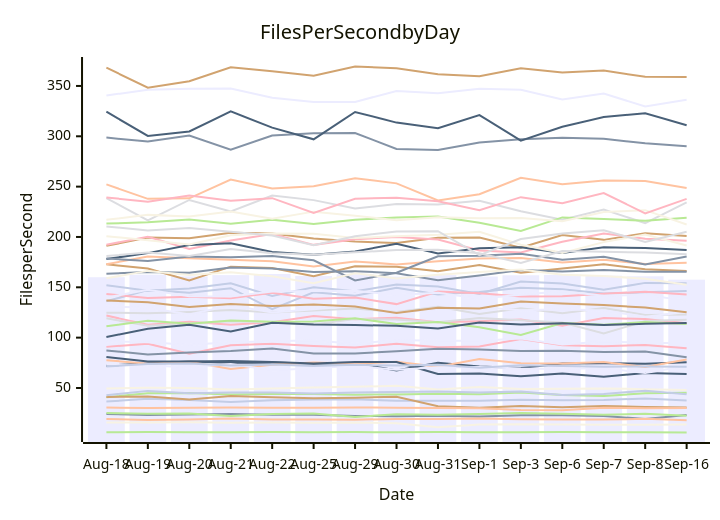
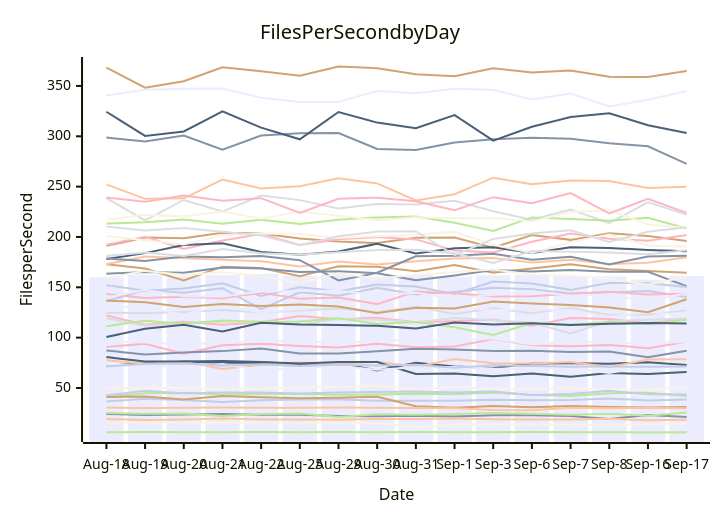
Before and after one commit to streetsidesoftware/cspell: the diagram in perf-report.md, drawn with Mermaid. The commit also changed other lines of this file and 1 other file, not shown here.

````diff
--- a/perf-report.md
+++ b/perf-report.md
@@ -10,57 +10,57 @@
 ```mermaid
 xychart-beta
     title Files Per Second by Day
     y-axis Files per Second
-    x-axis Date [Aug-18, Aug-19, Aug-20, Aug-21, Aug-22, Aug-25, Aug-29, Aug-30, Aug-31, Sep-1, Sep-3, Sep-6, Sep-7, Sep-8, Sep-16]
-    bar [160.00, 162.54, 160.82, 162.11, 163.20, 161.31, 162.91, 160.67, 162.16, 160.72, 161.93, 162.34, 161.56, 160.97, 157.55]
-    line [24.23, 23.27, 23.59, 24.08, 23.43, 23.40, 22.23, 21.90, 22.46, 21.60, 23.03, 22.85, 22.27, 19.18, 23.11]
-    line [19.10, 18.27, 18.74, 19.65, 18.80, 18.62, 18.45, 19.29, 19.08, 19.71, 18.88, 18.65, 18.65, 19.33, 18.07]
-    line [124.81, 124.18, 125.47, 127.40, 124.91, 126.98, 128.83, 125.51, 130.73, 123.39, 129.29, 124.27, 129.39, 122.55, 122.88]
-    line [40.85, 44.70, 45.09, 43.47, 44.07, 43.94, 43.35, 43.55, 44.33, 43.81, 45.60, 43.01, 41.97, 44.80, 45.26]
-    line [172.80, 168.69, 156.73, 170.52, 169.10, 161.12, 170.94, 170.42, 165.85, 172.14, 164.57, 168.71, 172.84, 167.97, 166.22]
-    line [36.51, 39.25, 38.04, 36.06, 37.72, 38.63, 38.79, 37.24, 37.32, 37.33, 38.42, 37.82, 37.98, 39.62, 37.64]
-    line [121.90, 112.74, 115.76, 112.80, 115.24, 121.46, 118.37, 119.80, 115.33, 116.38, 118.04, 111.85, 119.40, 118.51, 114.20]
-    line [72.13, 74.31, 76.20, 74.98, 75.32, 73.98, 74.92, 67.44, 74.93, 71.42, 69.97, 74.43, 74.58, 74.02, 75.50]
-    line [49.59, 50.25, 50.03, 48.40, 49.47, 50.47, 51.15, 52.21, 48.60, 50.89, 48.97, 49.35, 49.58, 48.85, 47.97]
-    line [131.02, 129.61, 123.08, 132.18, 124.93, 128.24, 131.60, 124.76, 128.19, 130.51, 127.29, 128.13, 127.03, 120.72, 125.41]
-    line [163.52, 165.17, 164.35, 169.78, 168.65, 165.26, 166.00, 163.99, 156.90, 161.76, 167.23, 165.73, 167.27, 165.39, 165.37]
-    line [77.65, 74.07, 76.09, 68.93, 73.13, 75.35, 74.03, 75.97, 71.20, 78.69, 74.68, 74.33, 75.84, 70.78, 78.20]
-    line [238.65, 216.52, 236.75, 225.24, 241.21, 236.60, 228.23, 232.86, 232.26, 235.92, 225.53, 217.15, 227.16, 213.82, 234.37]
-    line [6.05, 6.23, 6.09, 6.02, 6.19, 6.02, 6.20, 6.04, 6.23, 6.06, 6.09, 6.20, 6.14, 6.11, 5.78]
-    line [41.09, 41.54, 38.59, 41.99, 40.85, 39.81, 40.28, 41.27, 31.95, 30.26, 32.20, 30.88, 32.09, 31.08, 30.60]
-    line [136.12, 147.29, 144.63, 149.12, 128.33, 145.05, 141.62, 149.48, 142.85, 145.28, 149.46, 148.18, 143.83, 145.01, 146.41]
-    line [90.83, 93.92, 83.91, 92.53, 93.93, 91.70, 90.17, 94.03, 90.40, 91.22, 98.55, 92.55, 91.52, 92.79, 89.51]
-    line [80.70, 76.26, 76.41, 76.73, 75.85, 74.38, 75.85, 75.82, 63.83, 64.49, 61.65, 64.50, 61.26, 64.86, 63.96]
-    line [15.67, 15.78, 15.86, 15.35, 15.70, 15.41, 15.75, 15.00, 11.10, 13.64, 14.09, 13.63, 13.57, 13.40, 13.81]
-    line [73.04, 72.36, 70.62, 73.83, 67.67, 69.68, 72.12, 68.00, 70.47, 70.89, 69.29, 68.94, 69.89, 64.77, 72.12]
-    line [298.69, 294.82, 300.68, 286.71, 300.74, 302.95, 303.29, 287.37, 286.48, 293.90, 297.13, 298.52, 297.48, 293.09, 290.03]
-    line [172.92, 180.52, 178.78, 177.41, 175.76, 170.70, 175.74, 172.74, 175.87, 178.56, 179.08, 174.59, 177.44, 173.15, 174.36]
-    line [119.19, 111.93, 114.00, 116.17, 114.97, 113.11, 118.41, 118.01, 115.40, 119.50, 117.17, 114.93, 104.04, 116.42, 117.89]
-    line [111.39, 116.78, 113.71, 117.01, 115.75, 116.08, 119.18, 113.59, 115.52, 110.36, 102.65, 114.46, 112.83, 115.47, 113.56]
-    line [191.14, 199.41, 198.71, 204.15, 203.44, 198.55, 195.50, 193.96, 199.31, 199.53, 189.39, 201.97, 197.12, 203.70, 201.07]
-    line [42.85, 47.12, 44.69, 45.57, 45.49, 44.61, 45.50, 46.05, 46.44, 45.45, 46.41, 42.91, 44.10, 47.18, 43.88]
-    line [192.32, 200.16, 188.13, 196.57, 202.87, 192.16, 197.82, 199.85, 197.57, 186.50, 184.53, 195.23, 203.47, 198.25, 196.22]
-    line [178.10, 183.95, 192.12, 193.67, 185.05, 182.38, 185.55, 193.26, 183.54, 188.75, 189.86, 184.03, 189.81, 189.01, 187.14]
-    line [200.81, 196.78, 192.62, 201.64, 203.42, 203.18, 198.91, 200.77, 202.09, 205.14, 192.22, 184.22, 194.88, 202.40, 191.56]
-    line [340.52, 346.23, 347.14, 347.41, 338.20, 333.97, 334.12, 345.07, 342.66, 347.17, 346.14, 336.60, 342.41, 329.55, 336.36]
-    line [178.57, 176.08, 180.57, 179.89, 180.99, 176.89, 156.76, 164.43, 180.88, 181.23, 183.21, 177.43, 180.28, 172.77, 180.61]
-    line [30.62, 30.06, 30.32, 30.71, 30.33, 30.41, 30.59, 30.45, 30.07, 29.95, 28.16, 27.92, 30.43, 29.89, 30.21]
-    line [181.07, 184.49, 180.99, 187.99, 183.89, 182.41, 184.77, 186.94, 187.25, 183.77, 174.20, 186.05, 185.31, 184.47, 182.86]
-    line [213.27, 214.61, 217.28, 213.25, 217.17, 212.77, 217.16, 219.42, 220.41, 214.04, 205.97, 219.44, 217.73, 216.08, 219.15]
-    line [368.14, 348.34, 354.65, 368.47, 364.63, 360.14, 369.32, 367.60, 361.65, 359.68, 367.46, 363.32, 365.30, 359.11, 358.89]
-    line [152.10, 146.68, 148.87, 153.90, 141.45, 150.06, 146.03, 152.71, 150.80, 143.28, 155.69, 153.87, 147.46, 154.39, 153.96]
-    line [143.28, 139.37, 140.53, 139.04, 144.69, 138.65, 139.89, 133.31, 145.80, 144.08, 140.79, 141.02, 143.66, 145.59, 142.94]
-    line [100.66, 108.77, 112.72, 106.20, 114.85, 112.98, 112.47, 111.83, 109.19, 115.12, 112.97, 114.35, 112.51, 113.70, 114.44]
-    line [217.00, 221.94, 220.45, 225.30, 218.11, 225.16, 221.13, 216.69, 219.64, 218.57, 218.78, 215.63, 224.82, 226.65, 212.42]
-    line [96.65, 95.35, 92.84, 95.49, 96.50, 97.40, 93.72, 97.65, 96.80, 96.99, 99.11, 93.19, 96.28, 94.70, 94.66]
-    line [87.25, 83.34, 85.16, 86.61, 89.19, 84.30, 84.25, 86.47, 88.91, 88.27, 86.74, 86.90, 85.78, 86.18, 80.59]
-    line [252.21, 237.84, 238.36, 257.03, 248.15, 250.39, 258.39, 253.25, 236.21, 242.44, 258.87, 252.44, 256.07, 255.58, 248.63]
-    line [210.46, 206.31, 208.96, 205.28, 201.48, 191.68, 200.76, 205.32, 205.73, 181.85, 198.01, 203.39, 206.55, 195.11, 205.27]
-    line [25.07, 24.48, 24.64, 22.11, 24.14, 24.67, 21.16, 23.95, 23.30, 24.27, 25.24, 24.42, 23.30, 24.35, 22.54]
-    line [136.82, 135.16, 130.52, 133.31, 131.34, 132.85, 130.95, 124.42, 129.63, 128.97, 135.94, 133.80, 132.37, 129.87, 125.28]
-    line [71.44, 73.71, 74.27, 72.25, 73.30, 71.82, 72.99, 72.24, 73.05, 70.19, 72.55, 71.94, 71.15, 71.34, 71.01]
-    line [239.31, 234.89, 241.23, 236.06, 238.56, 223.75, 237.91, 239.06, 235.45, 226.56, 239.54, 233.61, 243.66, 223.35, 237.82]
-    line [324.40, 300.37, 304.78, 324.68, 308.60, 296.98, 324.16, 313.60, 308.04, 321.08, 295.70, 309.43, 319.09, 322.91, 311.02]
-    line [158.95, 166.31, 162.23, 164.91, 160.87, 154.07, 164.02, 158.84, 162.35, 165.15, 167.75, 162.42, 161.26, 158.45, 152.45]
-    line [139.83, 147.55, 141.21, 140.96, 145.89, 146.30, 146.55, 142.25, 144.70, 138.76, 142.53, 146.03, 141.67, 142.57, 136.52]
+    x-axis Date [Aug-18, Aug-19, Aug-20, Aug-21, Aug-22, Aug-25, Aug-29, Aug-30, Aug-31, Sep-1, Sep-3, Sep-6, Sep-7, Sep-8, Sep-16, Sep-17]
+    bar [160.00, 162.54, 160.82, 162.11, 163.20, 161.31, 162.91, 160.67, 162.16, 160.72, 161.93, 162.34, 161.56, 160.97, 157.55, 161.35]
+    line [24.23, 23.27, 23.59, 24.08, 23.43, 23.40, 22.23, 21.90, 22.46, 21.60, 23.03, 22.85, 22.27, 19.18, 23.11, 21.10]
+    line [19.10, 18.27, 18.74, 19.65, 18.80, 18.62, 18.45, 19.29, 19.08, 19.71, 18.88, 18.65, 18.65, 19.33, 18.07, 18.42]
+    line [124.81, 124.18, 125.47, 127.40, 124.91, 126.98, 128.83, 125.51, 130.73, 123.39, 129.29, 124.27, 129.39, 122.55, 122.88, 127.08]
+    line [40.85, 44.70, 45.09, 43.47, 44.07, 43.94, 43.35, 43.55, 44.33, 43.81, 45.60, 43.01, 41.97, 44.80, 45.26, 42.13]
+    line [172.80, 168.69, 156.73, 170.52, 169.10, 161.12, 170.94, 170.42, 165.85, 172.14, 164.57, 168.71, 172.84, 167.97, 166.22, 164.57]
+    line [36.51, 39.25, 38.04, 36.06, 37.72, 38.63, 38.79, 37.24, 37.32, 37.33, 38.42, 37.82, 37.98, 39.62, 37.64, 38.51]
+    line [121.90, 112.74, 115.76, 112.80, 115.24, 121.46, 118.37, 119.80, 115.33, 116.38, 118.04, 111.85, 119.40, 118.51, 114.20, 118.71]
+    line [72.13, 74.31, 76.20, 74.98, 75.32, 73.98, 74.92, 67.44, 74.93, 71.42, 69.97, 74.43, 74.58, 74.02, 75.50, 72.83]
+    line [49.59, 50.25, 50.03, 48.40, 49.47, 50.47, 51.15, 52.21, 48.60, 50.89, 48.97, 49.35, 49.58, 48.85, 47.97, 51.02]
+    line [131.02, 129.61, 123.08, 132.18, 124.93, 128.24, 131.60, 124.76, 128.19, 130.51, 127.29, 128.13, 127.03, 120.72, 125.41, 122.07]
+    line [163.52, 165.17, 164.35, 169.78, 168.65, 165.26, 166.00, 163.99, 156.90, 161.76, 167.23, 165.73, 167.27, 165.39, 165.37, 151.18]
+    line [77.65, 74.07, 76.09, 68.93, 73.13, 75.35, 74.03, 75.97, 71.20, 78.69, 74.68, 74.33, 75.84, 70.78, 78.20, 78.52]
+    line [238.65, 216.52, 236.75, 225.24, 241.21, 236.60, 228.23, 232.86, 232.26, 235.92, 225.53, 217.15, 227.16, 213.82, 234.37, 222.15]
+    line [6.05, 6.23, 6.09, 6.02, 6.19, 6.02, 6.20, 6.04, 6.23, 6.06, 6.09, 6.20, 6.14, 6.11, 5.78, 6.14]
+    line [41.09, 41.54, 38.59, 41.99, 40.85, 39.81, 40.28, 41.27, 31.95, 30.26, 32.20, 30.88, 32.09, 31.08, 30.60, 31.19]
+    line [136.12, 147.29, 144.63, 149.12, 128.33, 145.05, 141.62, 149.48, 142.85, 145.28, 149.46, 148.18, 143.83, 145.01, 146.41, 140.36]
+    line [90.83, 93.92, 83.91, 92.53, 93.93, 91.70, 90.17, 94.03, 90.40, 91.22, 98.55, 92.55, 91.52, 92.79, 89.51, 95.95]
+    line [80.70, 76.26, 76.41, 76.73, 75.85, 74.38, 75.85, 75.82, 63.83, 64.49, 61.65, 64.50, 61.26, 64.86, 63.96, 65.83]
+    line [15.67, 15.78, 15.86, 15.35, 15.70, 15.41, 15.75, 15.00, 11.10, 13.64, 14.09, 13.63, 13.57, 13.40, 13.81, 14.35]
+    line [73.04, 72.36, 70.62, 73.83, 67.67, 69.68, 72.12, 68.00, 70.47, 70.89, 69.29, 68.94, 69.89, 64.77, 72.12, 70.50]
+    line [298.69, 294.82, 300.68, 286.71, 300.74, 302.95, 303.29, 287.37, 286.48, 293.90, 297.13, 298.52, 297.48, 293.09, 290.03, 272.63]
+    line [172.92, 180.52, 178.78, 177.41, 175.76, 170.70, 175.74, 172.74, 175.87, 178.56, 179.08, 174.59, 177.44, 173.15, 174.36, 179.74]
+    line [119.19, 111.93, 114.00, 116.17, 114.97, 113.11, 118.41, 118.01, 115.40, 119.50, 117.17, 114.93, 104.04, 116.42, 117.89, 118.96]
+    line [111.39, 116.78, 113.71, 117.01, 115.75, 116.08, 119.18, 113.59, 115.52, 110.36, 102.65, 114.46, 112.83, 115.47, 113.56, 117.79]
+    line [191.14, 199.41, 198.71, 204.15, 203.44, 198.55, 195.50, 193.96, 199.31, 199.53, 189.39, 201.97, 197.12, 203.70, 201.07, 195.90]
+    line [42.85, 47.12, 44.69, 45.57, 45.49, 44.61, 45.50, 46.05, 46.44, 45.45, 46.41, 42.91, 44.10, 47.18, 43.88, 43.41]
+    line [192.32, 200.16, 188.13, 196.57, 202.87, 192.16, 197.82, 199.85, 197.57, 186.50, 184.53, 195.23, 203.47, 198.25, 196.22, 201.98]
+    line [178.10, 183.95, 192.12, 193.67, 185.05, 182.38, 185.55, 193.26, 183.54, 188.75, 189.86, 184.03, 189.81, 189.01, 187.14, 185.91]
+    line [200.81, 196.78, 192.62, 201.64, 203.42, 203.18, 198.91, 200.77, 202.09, 205.14, 192.22, 184.22, 194.88, 202.40, 191.56, 190.37]
+    line [340.52, 346.23, 347.14, 347.41, 338.20, 333.97, 334.12, 345.07, 342.66, 347.17, 346.14, 336.60, 342.41, 329.55, 336.36, 345.01]
+    line [178.57, 176.08, 180.57, 179.89, 180.99, 176.89, 156.76, 164.43, 180.88, 181.23, 183.21, 177.43, 180.28, 172.77, 180.61, 181.38]
+    line [30.62, 30.06, 30.32, 30.71, 30.33, 30.41, 30.59, 30.45, 30.07, 29.95, 28.16, 27.92, 30.43, 29.89, 30.21, 29.92]
+    line [181.07, 184.49, 180.99, 187.99, 183.89, 182.41, 184.77, 186.94, 187.25, 183.77, 174.20, 186.05, 185.31, 184.47, 182.86, 186.84]
+    line [213.27, 214.61, 217.28, 213.25, 217.17, 212.77, 217.16, 219.42, 220.41, 214.04, 205.97, 219.44, 217.73, 216.08, 219.15, 208.36]
+    line [368.14, 348.34, 354.65, 368.47, 364.63, 360.14, 369.32, 367.60, 361.65, 359.68, 367.46, 363.32, 365.30, 359.11, 358.89, 364.75]
+    line [152.10, 146.68, 148.87, 153.90, 141.45, 150.06, 146.03, 152.71, 150.80, 143.28, 155.69, 153.87, 147.46, 154.39, 153.96, 150.40]
+    line [143.28, 139.37, 140.53, 139.04, 144.69, 138.65, 139.89, 133.31, 145.80, 144.08, 140.79, 141.02, 143.66, 145.59, 142.94, 143.60]
+    line [100.66, 108.77, 112.72, 106.20, 114.85, 112.98, 112.47, 111.83, 109.19, 115.12, 112.97, 114.35, 112.51, 113.70, 114.44, 114.03]
+    line [217.00, 221.94, 220.45, 225.30, 218.11, 225.16, 221.13, 216.69, 219.64, 218.57, 218.78, 215.63, 224.82, 226.65, 212.42, 209.15]
+    line [96.65, 95.35, 92.84, 95.49, 96.50, 97.40, 93.72, 97.65, 96.80, 96.99, 99.11, 93.19, 96.28, 94.70, 94.66, 95.59]
+    line [87.25, 83.34, 85.16, 86.61, 89.19, 84.30, 84.25, 86.47, 88.91, 88.27, 86.74, 86.90, 85.78, 86.18, 80.59, 86.98]
+    line [252.21, 237.84, 238.36, 257.03, 248.15, 250.39, 258.39, 253.25, 236.21, 242.44, 258.87, 252.44, 256.07, 255.58, 248.63, 249.79]
+    line [210.46, 206.31, 208.96, 205.28, 201.48, 191.68, 200.76, 205.32, 205.73, 181.85, 198.01, 203.39, 206.55, 195.11, 205.27, 209.68]
+    line [25.07, 24.48, 24.64, 22.11, 24.14, 24.67, 21.16, 23.95, 23.30, 24.27, 25.24, 24.42, 23.30, 24.35, 22.54, 25.54]
+    line [136.82, 135.16, 130.52, 133.31, 131.34, 132.85, 130.95, 124.42, 129.63, 128.97, 135.94, 133.80, 132.37, 129.87, 125.28, 138.07]
+    line [71.44, 73.71, 74.27, 72.25, 73.30, 71.82, 72.99, 72.24, 73.05, 70.19, 72.55, 71.94, 71.15, 71.34, 71.01, 71.23]
+    line [239.31, 234.89, 241.23, 236.06, 238.56, 223.75, 237.91, 239.06, 235.45, 226.56, 239.54, 233.61, 243.66, 223.35, 237.82, 223.98]
+    line [324.40, 300.37, 304.78, 324.68, 308.60, 296.98, 324.16, 313.60, 308.04, 321.08, 295.70, 309.43, 319.09, 322.91, 311.02, 303.26]
+    line [158.95, 166.31, 162.23, 164.91, 160.87, 154.07, 164.02, 158.84, 162.35, 165.15, 167.75, 162.42, 161.26, 158.45, 152.45, 160.47]
+    line [139.83, 147.55, 141.21, 140.96, 145.89, 146.30, 146.55, 142.25, 144.70, 138.76, 142.53, 146.03, 141.67, 142.57, 136.52, 144.05]
 ```
````
